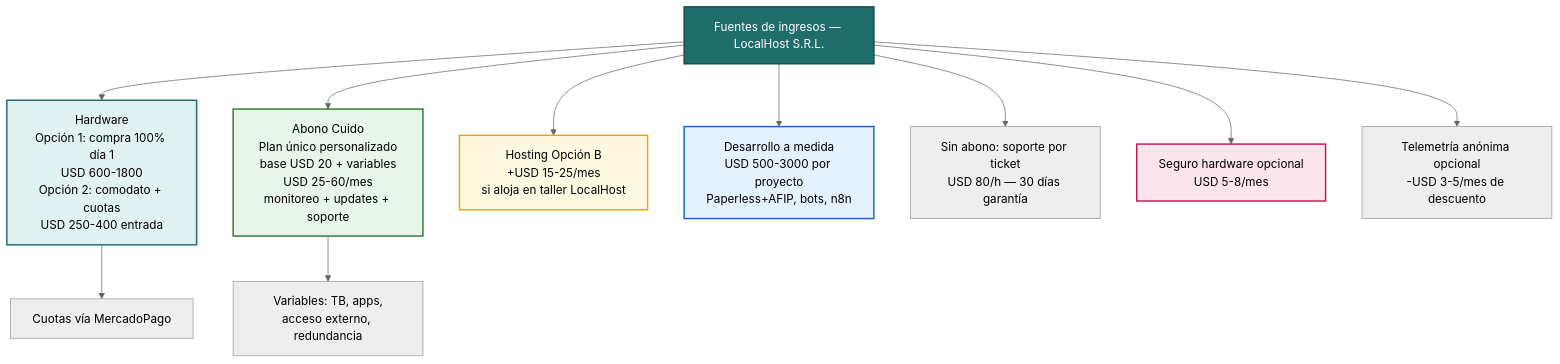
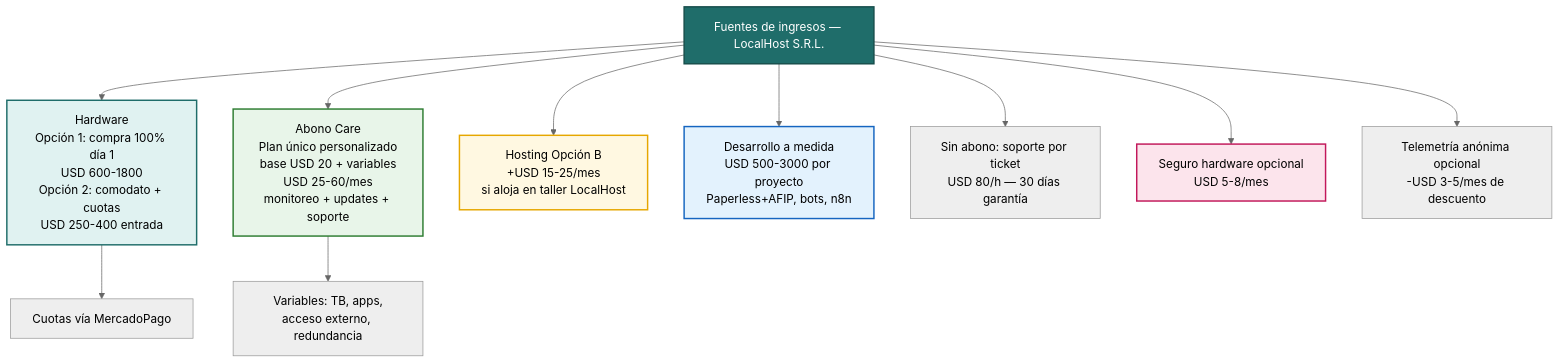
The third of 3 diagrams in ingenieria-de-software/localhost/localhost-documento-y-canvas.md (nachosag/obsidian-notes), drawn with Mermaid (neutral theme) before and after one commit. The commit also changed other lines of this file and 9 other files, not shown here.

````diff
--- a/ingenieria-de-software/localhost/localhost-documento-y-canvas.md
+++ b/ingenieria-de-software/localhost/localhost-documento-y-canvas.md
@@ -484,22 +507,22 @@
 ```mermaid
 flowchart TD
     Ingresos["Fuentes de ingresos — LocalHost S.R.L."]
 
     Ingresos --> HW["Hardware<br/>Opción 1: compra 100% día 1<br/>USD 600-1800<br/>Opción 2: comodato + cuotas<br/>USD 250-400 entrada"]
-    Ingresos --> Abono["Abono Cuido<br/>Plan único personalizado<br/>base USD 20 + variables<br/>USD 25-60/mes<br/>monitoreo + updates + soporte"]
+    Ingresos --> Abono["Abono Care<br/>Plan único personalizado<br/>base USD 20 + variables<br/>USD 25-60/mes<br/>monitoreo + updates + soporte"]
     Ingresos --> Hosting["Hosting Opción B<br/>+USD 15-25/mes<br/>si aloja en taller LocalHost"]
     Ingresos --> Dev["Desarrollo a medida<br/>USD 500-3000 por proyecto<br/>Paperless+AFIP, bots, n8n"]
     Ingresos --> Ticket["Sin abono: soporte por ticket<br/>USD 80/h — 30 días garantía"]
     Ingresos --> Seguro["Seguro hardware opcional<br/>USD 5-8/mes"]
     Ingresos --> TeleDesc["Telemetría anónima opcional<br/>-USD 3-5/mes de descuento"]
 
     HW --> Cuotas["Cuotas vía MercadoPago"]
     Abono --> Variables["Variables: TB, apps,<br/>acceso externo, redundancia"]
 
     style Ingresos fill:#1f6d6a,stroke:#174e4c,color:#fff,stroke-width:2px
     style HW fill:#e0f2f1,stroke:#1f6d6a,stroke-width:2px
     style Abono fill:#e8f5e9,stroke:#2e7d32,stroke-width:2px
     style Hosting fill:#fff8e1,stroke:#e6a700,stroke-width:2px
     style Dev fill:#e3f2fd,stroke:#1565c0,stroke-width:2px
     style Seguro fill:#fce4ec,stroke:#c2185b,stroke-width:2px
 ```
````
